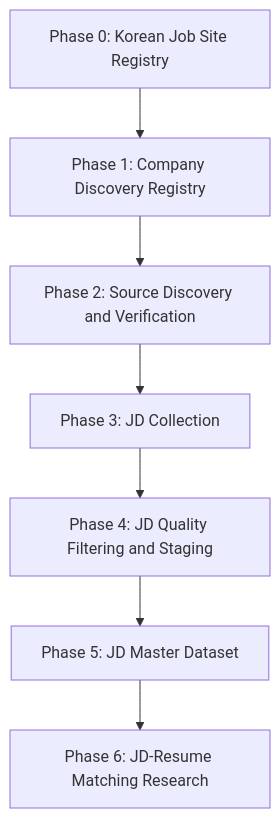
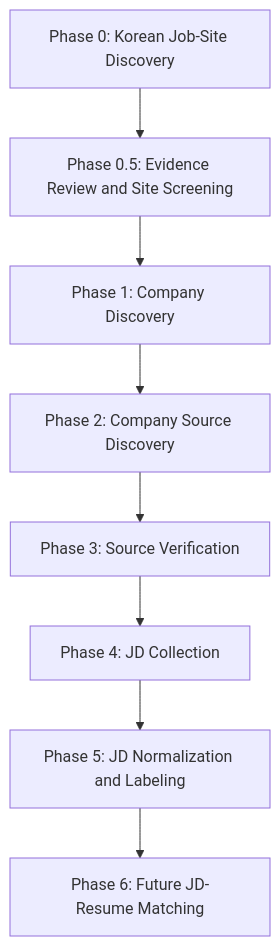
Before and after one commit to mieaumin/ai-hiring-market-pipeline: the diagram in README.md, drawn with Mermaid. The commit also changed other lines of this file and 23 other files, not shown here.

Commit message:
Add Korean job-site discovery and screening phase

````diff
--- a/README.md
+++ b/README.md
@@ -39,12 +41,13 @@
 ```mermaid
 flowchart TD
-  P0["Phase 0: Korean Job Site Registry"]
-  P1["Phase 1: Company Discovery Registry"]
-  P2["Phase 2: Source Discovery and Verification"]
-  P3["Phase 3: JD Collection"]
-  P4["Phase 4: JD Quality Filtering and Staging"]
-  P5["Phase 5: JD Master Dataset"]
-  P6["Phase 6: JD-Resume Matching Research"]
+  P0["Phase 0: Korean Job-Site Discovery"]
+  P05["Phase 0.5: Evidence Review and Site Screening"]
+  P1["Phase 1: Company Discovery"]
+  P2["Phase 2: Company Source Discovery"]
+  P3["Phase 3: Source Verification"]
+  P4["Phase 4: JD Collection"]
+  P5["Phase 5: JD Normalization and Labeling"]
+  P6["Phase 6: Future JD-Resume Matching"]
 
-  P0 --> P1 --> P2 --> P3 --> P4 --> P5 --> P6
+  P0 --> P05 --> P1 --> P2 --> P3 --> P4 --> P5 --> P6
 ```
````
